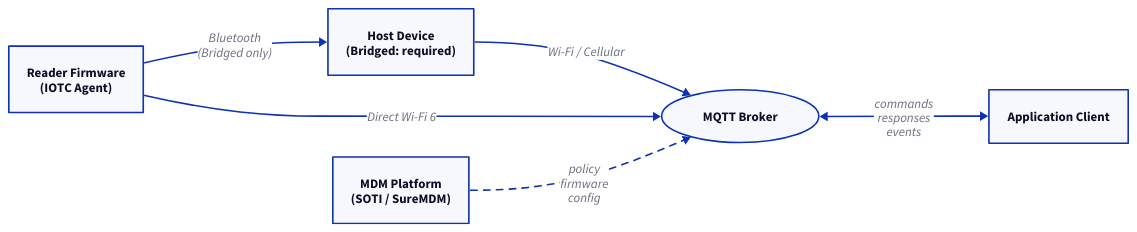
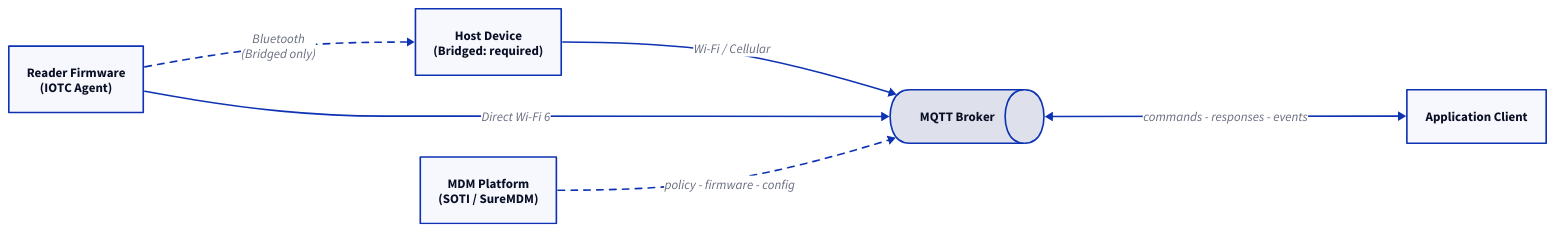
One commit to admiral-ai/zebra-handheld-rfid-iotc changed the diagram in docs/foundations/actors.md. Above: the diagram before and after it, drawn with D2. The commit also changed 40 other files, not shown here.

First line of the commit message:
Redesign all 54 D2 diagrams to a unified visual system

````diff
--- a/docs/foundations/actors.md
+++ b/docs/foundations/actors.md
@@ -12,13 +12,14 @@
 ```d2
 direction: right
 R: "Reader Firmware\n(IOTC Agent)"
 H: "Host Device\n(Bridged: required)"
-B: "MQTT Broker" { shape: oval }
+B: MQTT Broker { shape: queue }
 A: Application Client
 M: "MDM Platform\n(SOTI / SureMDM)"
-R -> H: "Bluetooth\n(Bridged only)"
-H -> B: "Wi-Fi / Cellular"
+R -> H: "Bluetooth\n(Bridged only)" { style.stroke-dash: 4 }
+H -> B: Wi-Fi / Cellular
 R -> B: Direct Wi-Fi 6
-B <-> A: "commands\nresponses\nevents"
-M -> B: "policy\nfirmware\nconfig" { style.stroke-dash: 4 }
+B <-> A: "commands - responses - events"
+M -> B: "policy - firmware - config" { style.stroke-dash: 4 }
+
 ```
````
